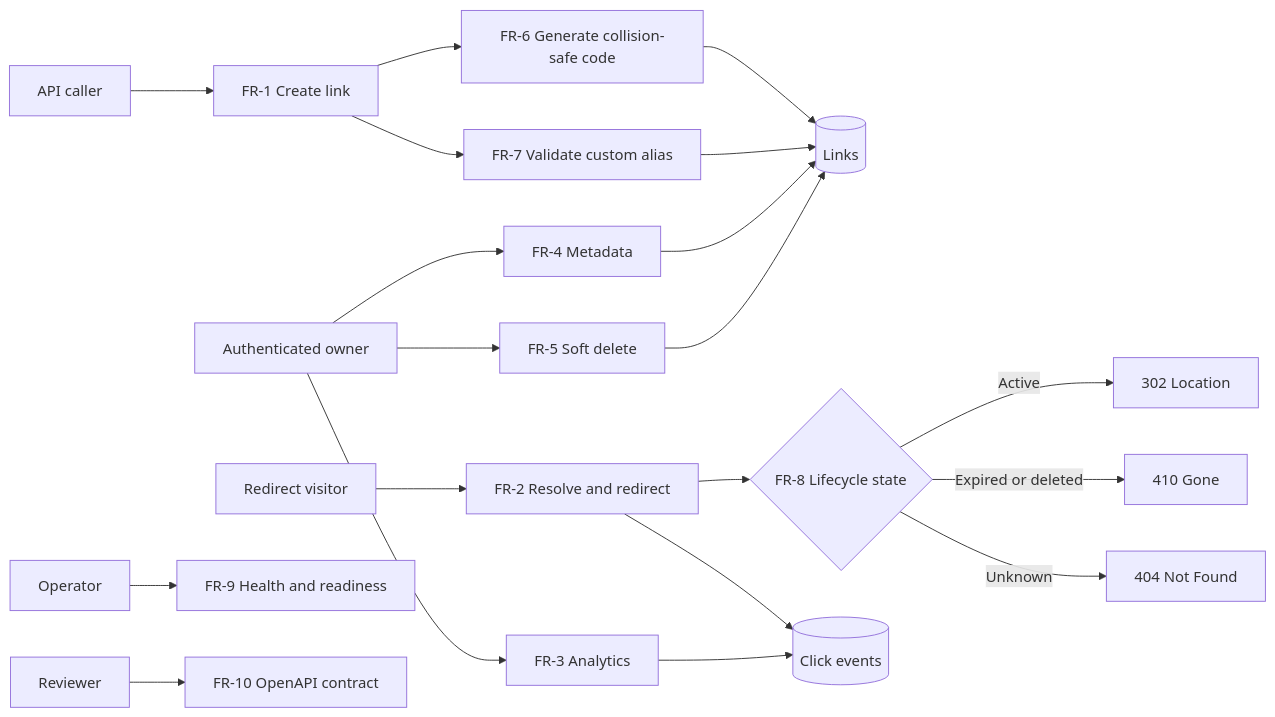
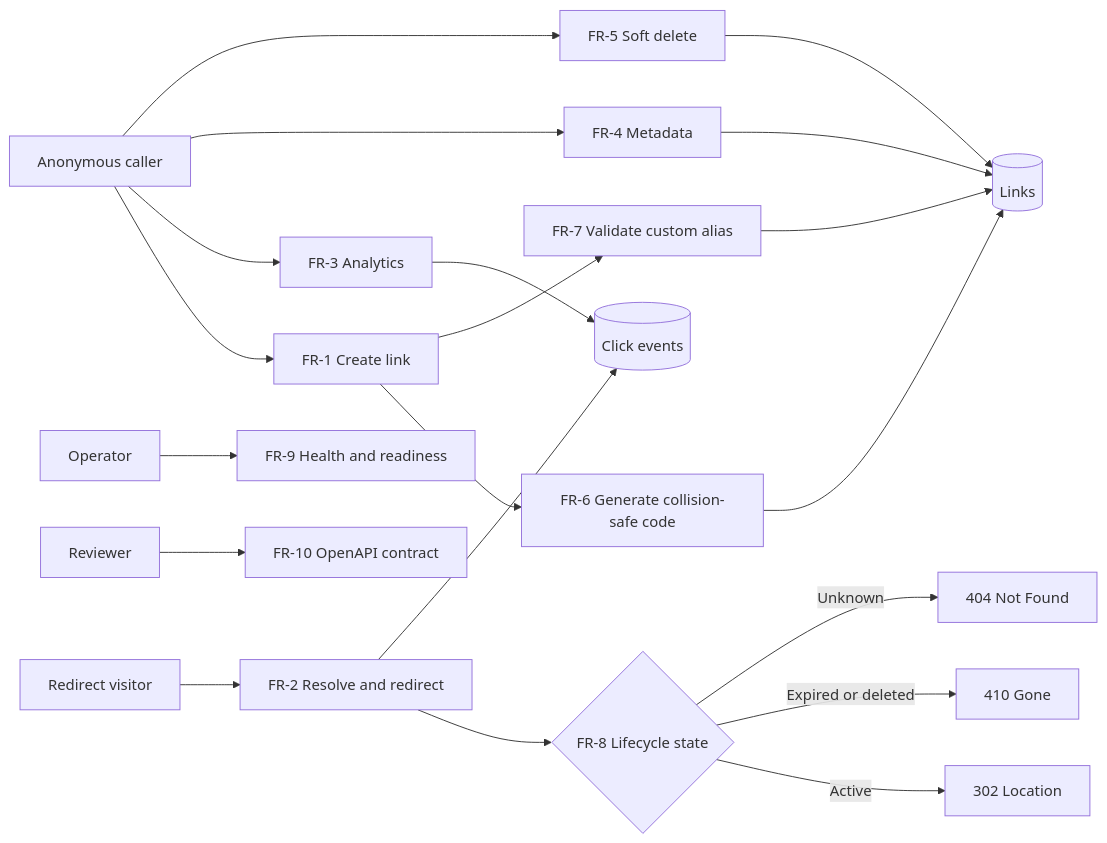
Before and after one commit to hmodali2611/shortly: the first of 5 diagrams in design.md, drawn with Mermaid. The commit also changed other lines of this file and 44 other files, not shown here.

````diff
--- a/design.md
+++ b/design.md
@@ -46,25 +46,25 @@
 ```mermaid
 flowchart LR
   Caller[API caller] --> FR1[FR-1 Create link]
   FR1 --> FR6[FR-6 Generate collision-safe code]
   FR1 --> FR7[FR-7 Validate custom alias]
   FR6 --> Links[(Links)]
   FR7 --> Links
 
   Visitor[Redirect visitor] --> FR2[FR-2 Resolve and redirect]
   FR2 --> FR8{FR-8 Lifecycle state}
   FR8 -->|Active| Redirect[302 Location]
   FR8 -->|Expired or deleted| Gone[410 Gone]
   FR8 -->|Unknown| Missing[404 Not Found]
   FR2 --> Events[(Click events)]
 
-  Owner[Authenticated owner] --> FR3[FR-3 Analytics]
-  Owner --> FR4[FR-4 Metadata]
-  Owner --> FR5[FR-5 Soft delete]
+  Caller[Anonymous caller] --> FR3[FR-3 Analytics]
+  Caller --> FR4[FR-4 Metadata]
+  Caller --> FR5[FR-5 Soft delete]
   FR3 --> Events
   FR4 --> Links
   FR5 --> Links
 
   Operator[Operator] --> FR9[FR-9 Health and readiness]
   Reviewer[Reviewer] --> FR10[FR-10 OpenAPI contract]
 ```
````
